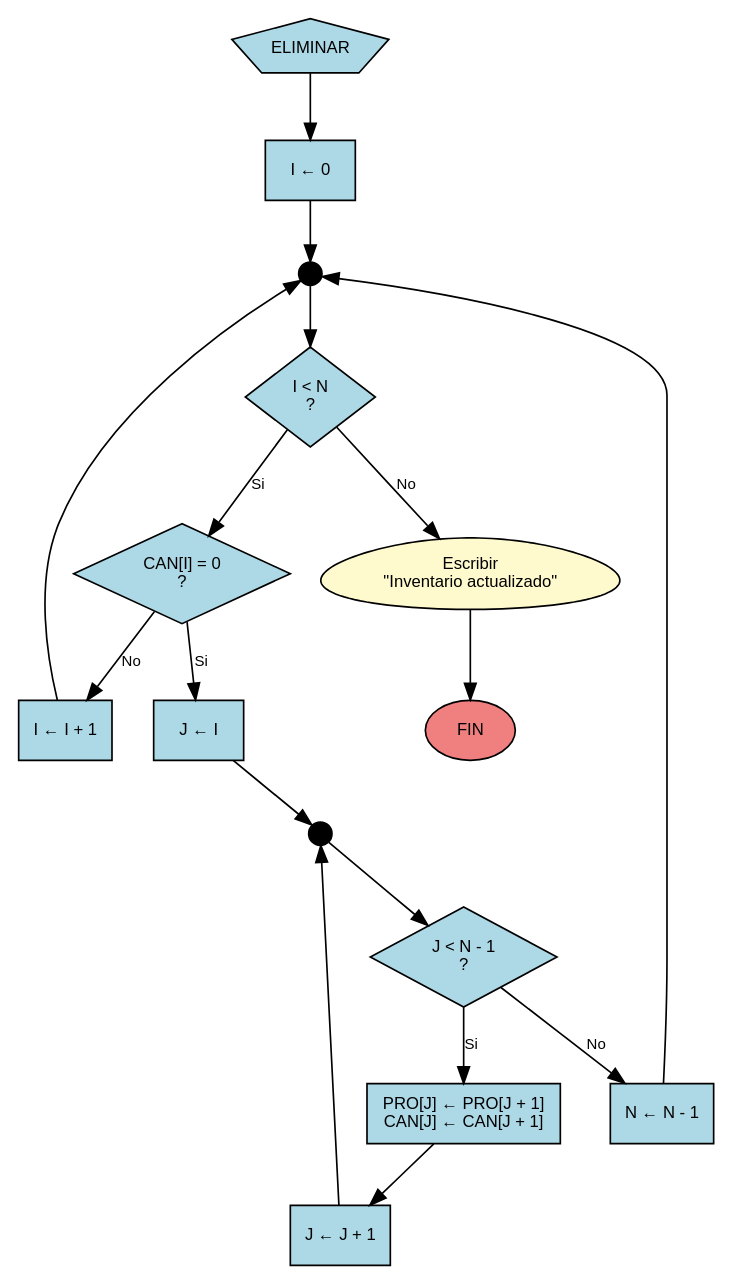
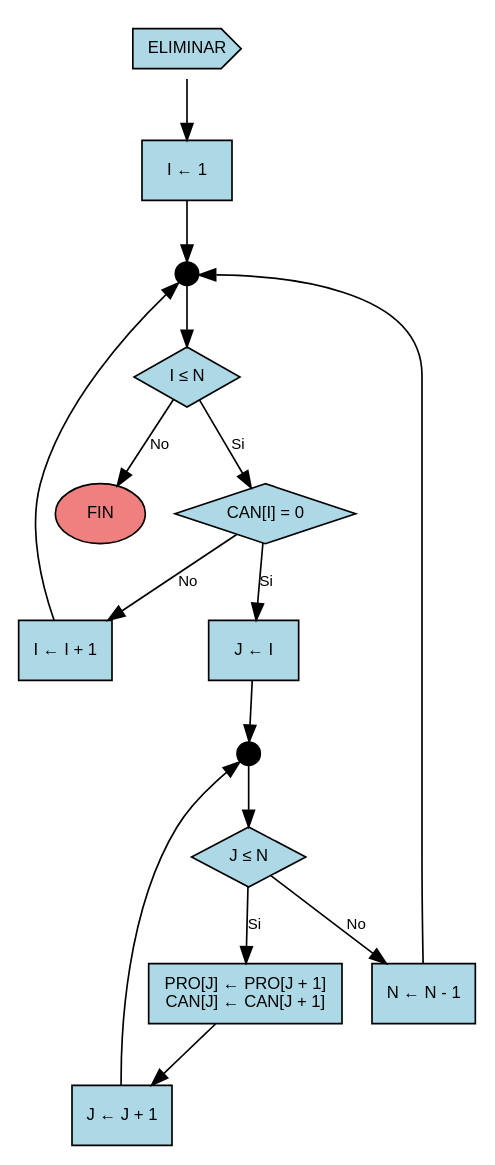
Before and after one commit to D1egoXD/JAVA-TICS: the diagram in diagramas/problema_4_22_parte_d.dot, drawn with Graphviz. The commit also changed 7 other files, not shown here.

```diff
--- a/diagramas/problema_4_22_parte_d.dot
+++ b/diagramas/problema_4_22_parte_d.dot
@@ -1,39 +1,37 @@
 digraph Inventario_Parte_D {
     rankdir=TB;
     node [shape=box, style=filled, fontname="Arial", fontsize=10];
     edge [fontname="Arial", fontsize=9];
 
     // Nodos
-    conectorEliminar [label="ELIMINAR", shape=pentagon, fillcolor="#ADD8E6", color=black, fontcolor=black];
-    initI [label="I ← 0", shape=box, fillcolor="#ADD8E6", color=black, fontcolor=black];
+    conectorEliminar [label="ELIMINAR", shape=cds, fillcolor="#ADD8E6", color=black, fontcolor=black];
+    initI [label="I ← 1", shape=box, fillcolor="#ADD8E6", color=black, fontcolor=black];
     converge1 [label="", shape=circle, width=0.2, height=0.2, fillcolor=black, color=black];
-    cicloI [label="I < N\n?", shape=diamond, fillcolor="#ADD8E6", color=black, fontcolor=black];
-    condicionCero [label="CAN[I] = 0\n?", shape=diamond, fillcolor="#ADD8E6", color=black, fontcolor=black];
+    cicloI [label="I ≤ N", shape=diamond, fillcolor="#ADD8E6", color=black, fontcolor=black];
+    condicionCero [label="CAN[I] = 0", shape=diamond, fillcolor="#ADD8E6", color=black, fontcolor=black];
     initJ [label="J ← I", shape=box, fillcolor="#ADD8E6", color=black, fontcolor=black];
     converge2 [label="", shape=circle, width=0.2, height=0.2, fillcolor=black, color=black];
-    cicloJ [label="J < N - 1\n?", shape=diamond, fillcolor="#ADD8E6", color=black, fontcolor=black];
+    cicloJ [label="J ≤ N", shape=diamond, fillcolor="#ADD8E6", color=black, fontcolor=black];
     desplazar [label="PRO[J] ← PRO[J + 1]\nCAN[J] ← CAN[J + 1]", shape=box, fillcolor="#ADD8E6", color=black, fontcolor=black];
     incrementoJ [label="J ← J + 1", shape=box, fillcolor="#ADD8E6", color=black, fontcolor=black];
     decrementarN [label="N ← N - 1", shape=box, fillcolor="#ADD8E6", color=black, fontcolor=black];
     incrementoI [label="I ← I + 1", shape=box, fillcolor="#ADD8E6", color=black, fontcolor=black];
-    msgInventario [label="Escribir\n\"Inventario actualizado\"", shape=egg, fillcolor="#FFFACD", color=black, fontcolor=black];
     fin [label="FIN", shape=oval, fillcolor="#F08080", color=black, fontcolor=black];
 
     // Conexiones
     conectorEliminar -> initI;
     initI -> converge1;
     converge1 -> cicloI;
     cicloI -> condicionCero [label="Si"];
-    cicloI -> msgInventario [label="No"];
+    cicloI -> fin [label="No"];
     condicionCero -> initJ [label="Si"];
     condicionCero -> incrementoI [label="No"];
     initJ -> converge2;
     converge2 -> cicloJ;
     cicloJ -> desplazar [label="Si"];
     cicloJ -> decrementarN [label="No"];
     desplazar -> incrementoJ;
     incrementoJ -> converge2;
     decrementarN -> converge1;
     incrementoI -> converge1;
-    msgInventario -> fin;
 }
```
